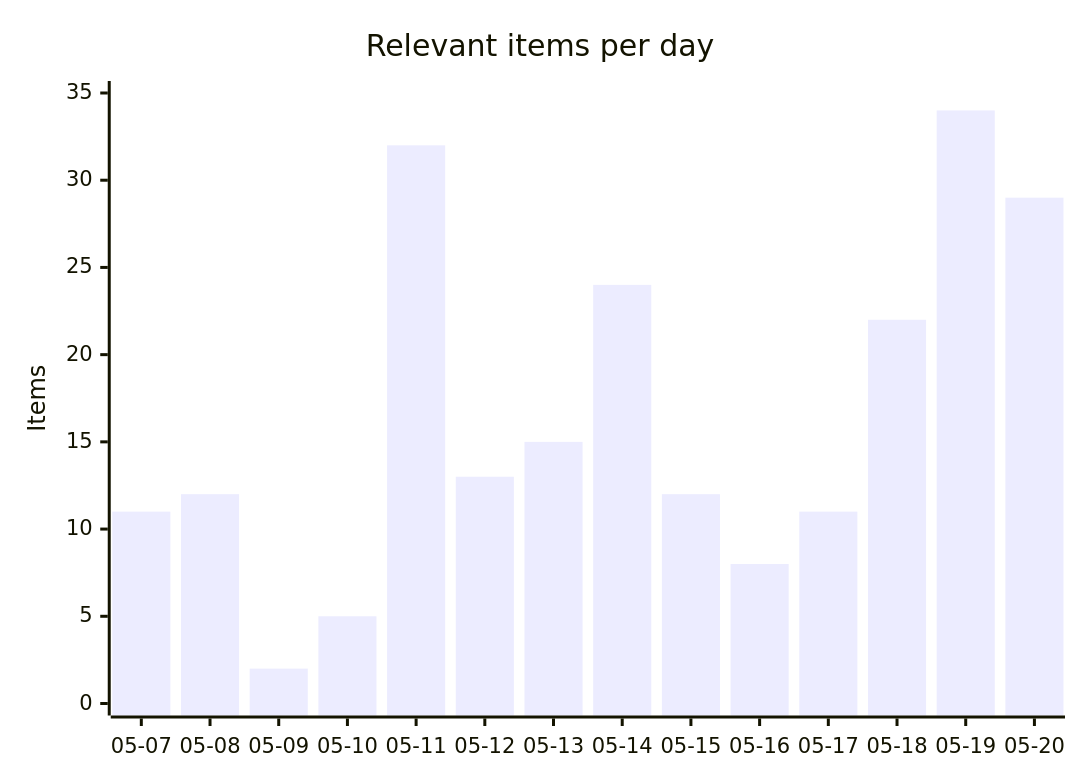
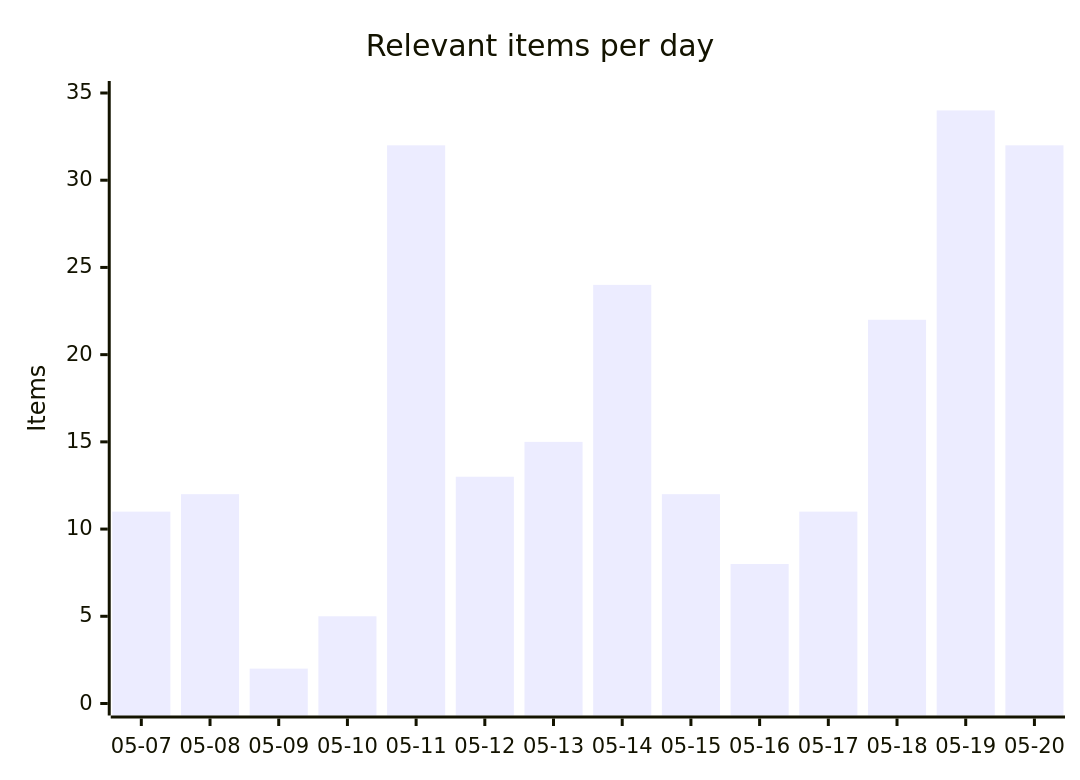
The first of 4 diagrams in README.md (martinbalfanz/social-scanner-reports), drawn with Mermaid before and after one commit. The commit also changed other lines of this file and 7 other files, not shown here.

````diff
--- a/README.md
+++ b/README.md
@@ -30,7 +30,7 @@
 ```mermaid
 xychart-beta
     title "Relevant items per day"
     x-axis ["05-07", "05-08", "05-09", "05-10", "05-11", "05-12", "05-13", "05-14", "05-15", "05-16", "05-17", "05-18", "05-19", "05-20"]
     y-axis "Items" 0 --> 35
-    bar [11, 12, 2, 5, 32, 13, 15, 24, 12, 8, 11, 22, 34, 29]
+    bar [11, 12, 2, 5, 32, 13, 15, 24, 12, 8, 11, 22, 34, 32]
 ```
````
